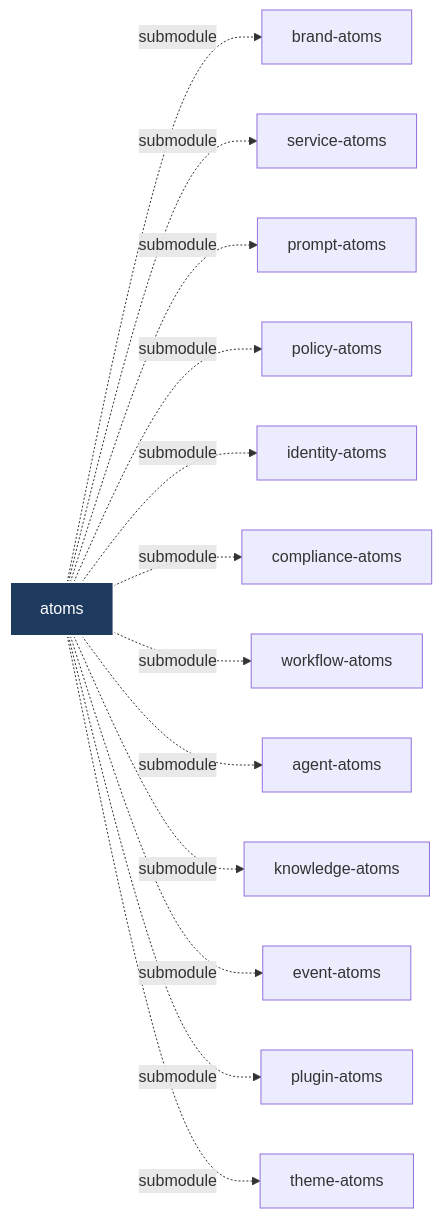
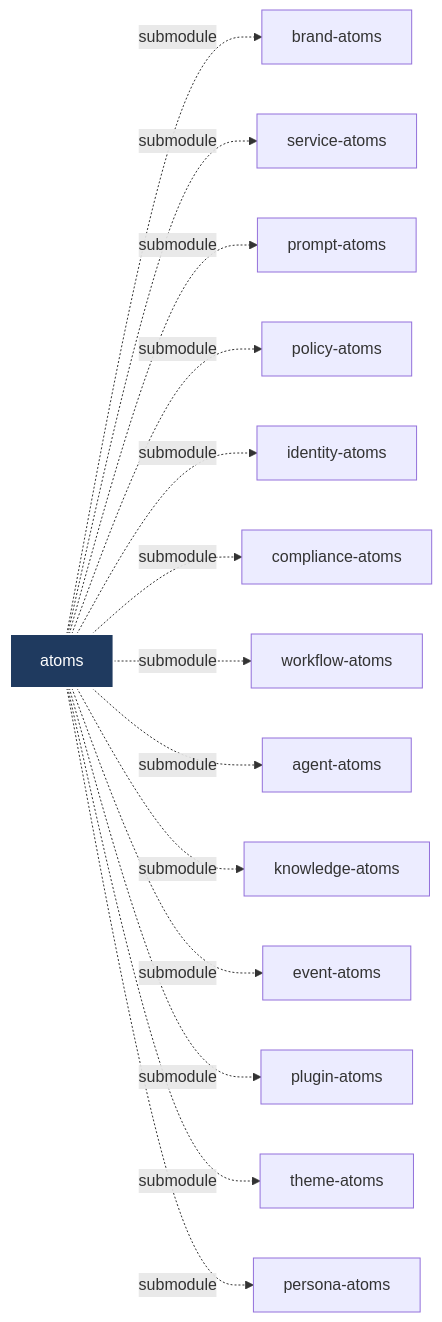
One commit to convergent-systems-co/atoms changed the diagram in README.md. Above: the diagram before and after it, drawn with Mermaid. The commit also changed other lines of this file and 1 other file, not shown here.

Commit message:
feat: add persona-atoms as 13th catalog submodule
persona-atoms.com newly acquired; catalogs AI agent and LLM persona
primitives — voice profiles, role definitions, behavioural constraints,
knowledge boundaries, tone parameters. Composed identities sit one layer
above prompt-atoms fragments.

````diff
--- a/README.md
+++ b/README.md
@@ -11,17 +11,18 @@
 ```mermaid
 graph LR
     A[atoms]:::umbrella
     A -.->|submodule| BA[brand-atoms]
     A -.->|submodule| SA[service-atoms]
     A -.->|submodule| PA[prompt-atoms]
     A -.->|submodule| POL[policy-atoms]
     A -.->|submodule| IA[identity-atoms]
     A -.->|submodule| CA[compliance-atoms]
     A -.->|submodule| WA[workflow-atoms]
     A -.->|submodule| AA[agent-atoms]
     A -.->|submodule| KA[knowledge-atoms]
     A -.->|submodule| EA[event-atoms]
     A -.->|submodule| PLA[plugin-atoms]
     A -.->|submodule| TA[theme-atoms]
+    A -.->|submodule| PER[persona-atoms]
     classDef umbrella fill:#1f3a5f,color:#fff,stroke:#fff,stroke-width:2px
 ```
````
